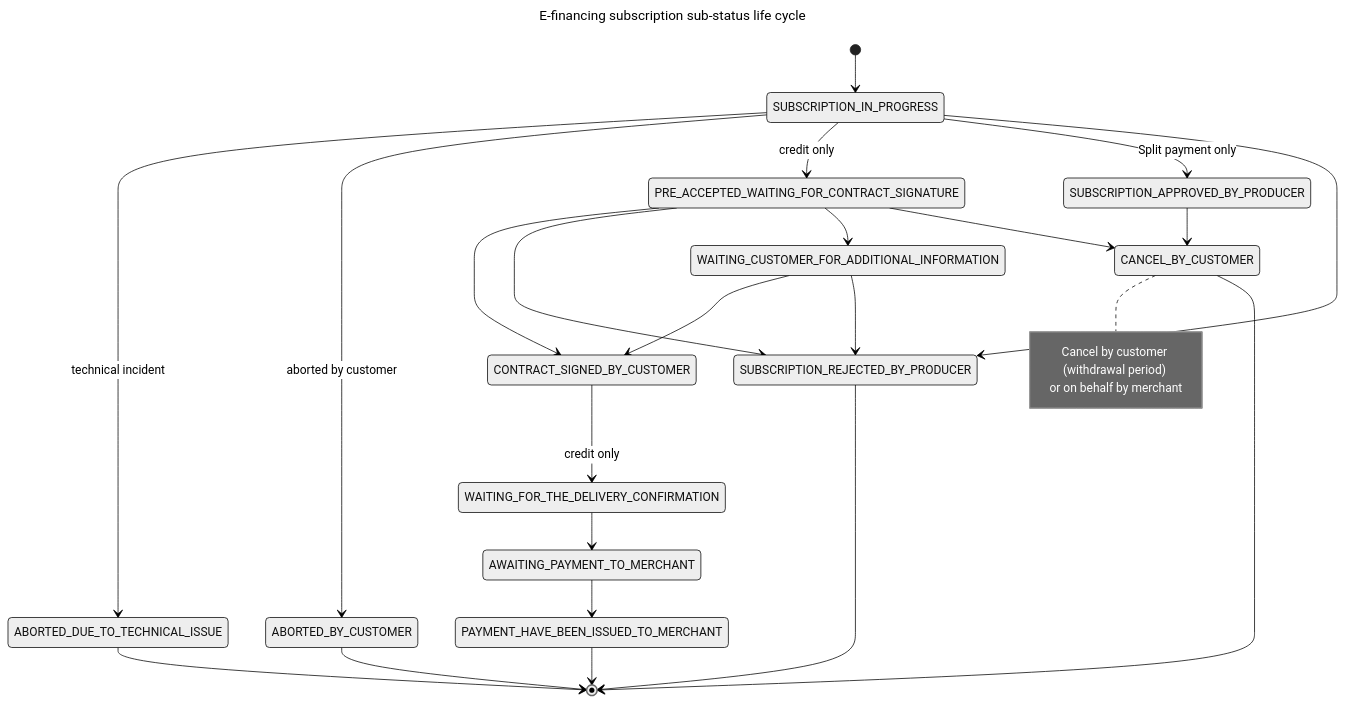
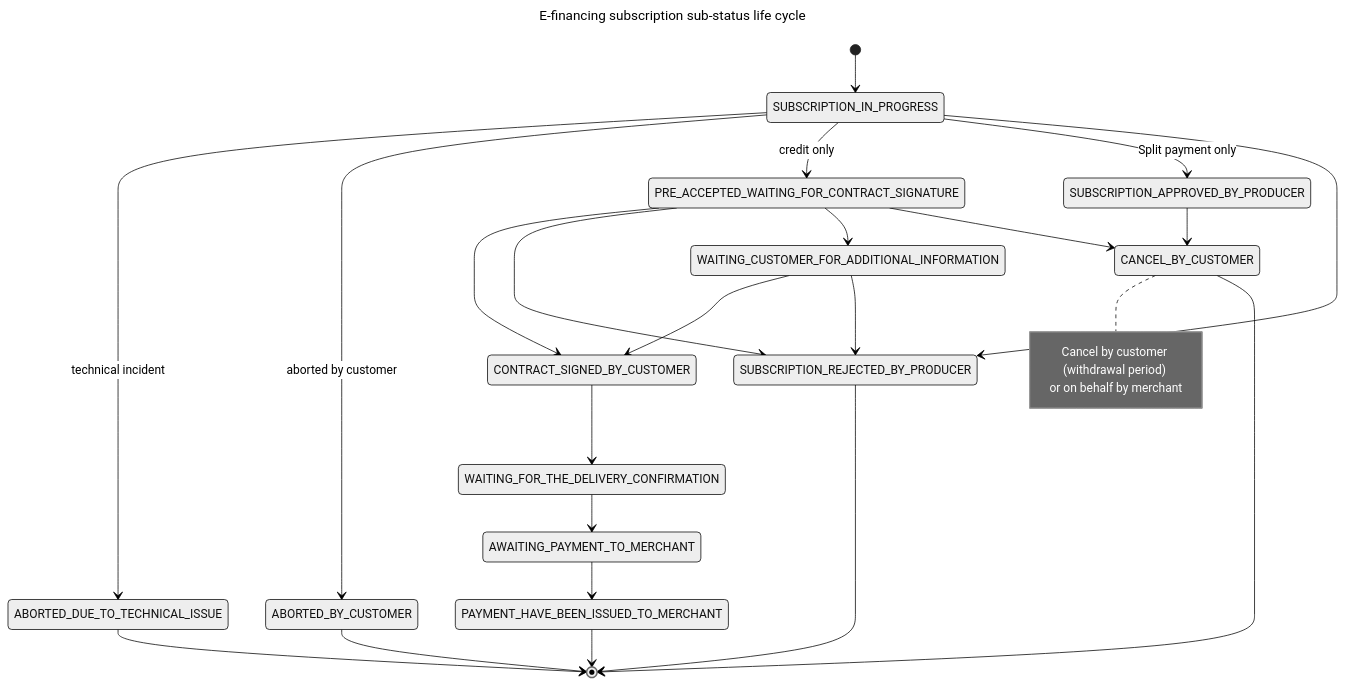
One commit to scalexpert/documentation changed the second of 2 diagrams in solutions-reference/credit/e-financing-status-life-cycle.md. Above: the diagram before and after it, drawn with Mermaid (neutral theme).

Commit message:
GITBOOK-666: No subject

````diff
--- a/solutions-reference/credit/e-financing-status-life-cycle.md
+++ b/solutions-reference/credit/e-financing-status-life-cycle.md
@@ -69,39 +69,39 @@
 ```mermaid fullWidth="true"
 ---
 title: E-financing subscription sub-status life cycle
 ---
 stateDiagram-v2
     [*] --> SUBSCRIPTION_IN_PROGRESS
 
     SUBSCRIPTION_IN_PROGRESS --> ABORTED_DUE_TO_TECHNICAL_ISSUE: technical incident
     SUBSCRIPTION_IN_PROGRESS --> ABORTED_BY_CUSTOMER: aborted by customer
     SUBSCRIPTION_IN_PROGRESS --> PRE_ACCEPTED_WAITING_FOR_CONTRACT_SIGNATURE: credit only
     SUBSCRIPTION_IN_PROGRESS  --> SUBSCRIPTION_APPROVED_BY_PRODUCER: Split payment only
     SUBSCRIPTION_IN_PROGRESS  --> SUBSCRIPTION_REJECTED_BY_PRODUCER
 
     SUBSCRIPTION_APPROVED_BY_PRODUCER --> CANCEL_BY_CUSTOMER
     note right of CANCEL_BY_CUSTOMER
     Cancel by customer (withdrawal period) 
     or on behalf by merchant
     end note
 
     PRE_ACCEPTED_WAITING_FOR_CONTRACT_SIGNATURE --> CONTRACT_SIGNED_BY_CUSTOMER
     PRE_ACCEPTED_WAITING_FOR_CONTRACT_SIGNATURE --> SUBSCRIPTION_REJECTED_BY_PRODUCER
     PRE_ACCEPTED_WAITING_FOR_CONTRACT_SIGNATURE --> WAITING_CUSTOMER_FOR_ADDITIONAL_INFORMATION
     PRE_ACCEPTED_WAITING_FOR_CONTRACT_SIGNATURE --> CANCEL_BY_CUSTOMER
 
     WAITING_CUSTOMER_FOR_ADDITIONAL_INFORMATION --> CONTRACT_SIGNED_BY_CUSTOMER
     WAITING_CUSTOMER_FOR_ADDITIONAL_INFORMATION --> SUBSCRIPTION_REJECTED_BY_PRODUCER
     
 
-    CONTRACT_SIGNED_BY_CUSTOMER --> WAITING_FOR_THE_DELIVERY_CONFIRMATION: credit only
+    CONTRACT_SIGNED_BY_CUSTOMER --> WAITING_FOR_THE_DELIVERY_CONFIRMATION
     WAITING_FOR_THE_DELIVERY_CONFIRMATION --> AWAITING_PAYMENT_TO_MERCHANT
     AWAITING_PAYMENT_TO_MERCHANT  --> PAYMENT_HAVE_BEEN_ISSUED_TO_MERCHANT
 
     ABORTED_DUE_TO_TECHNICAL_ISSUE --> [*]
     ABORTED_BY_CUSTOMER --> [*]
     CANCEL_BY_CUSTOMER --> [*]
     PAYMENT_HAVE_BEEN_ISSUED_TO_MERCHANT --> [*]
     SUBSCRIPTION_REJECTED_BY_PRODUCER --> [*]
 
 ```
````
